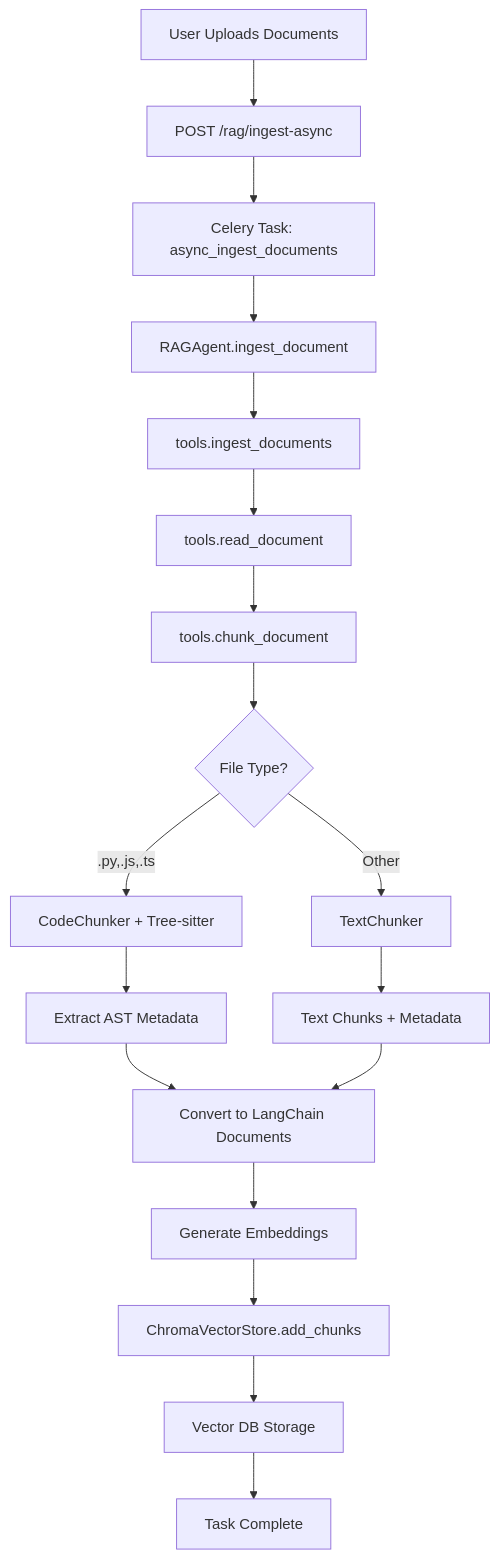
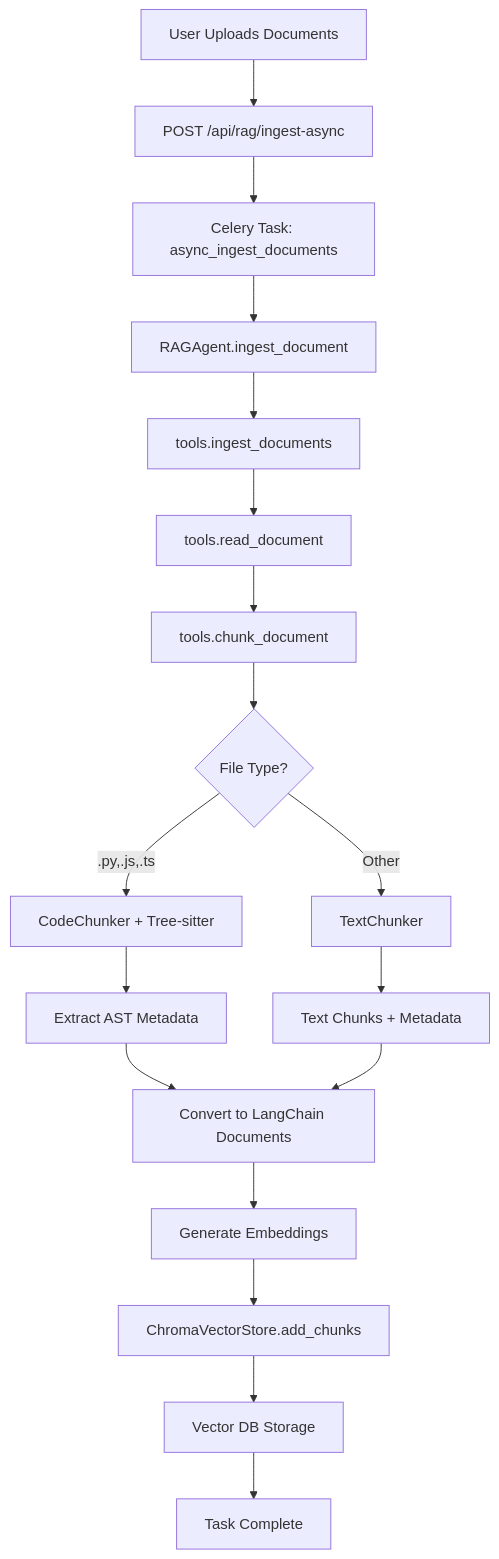
One commit to Stylegunhawk/DevForge changed the diagram in DevForge_Backend/docs/tools/rag/rag_integration_flow.md. Above: the diagram before and after it, drawn with Mermaid. The commit also changed other lines of this file and 5 other files, not shown here.

````diff
--- a/DevForge_Backend/docs/tools/rag/rag_integration_flow.md
+++ b/DevForge_Backend/docs/tools/rag/rag_integration_flow.md
@@ -16,20 +14,20 @@
 ```mermaid
 graph TD
-    A[User Uploads Documents] --> B[POST /rag/ingest-async]
+    A[User Uploads Documents] --> B[POST /api/rag/ingest-async]
     B --> C[Celery Task: async_ingest_documents]
     C --> D[RAGAgent.ingest_document]
     D --> E[tools.ingest_documents]
     E --> F[tools.read_document]
     F --> G[tools.chunk_document]
     G --> H{File Type?}
     H -->|.py,.js,.ts| I[CodeChunker + Tree-sitter]
     H -->|Other| J[TextChunker]
     I --> K[Extract AST Metadata]
     J --> L[Text Chunks + Metadata]
     K --> M[Convert to LangChain Documents]
     L --> M
     M --> N[Generate Embeddings]
     N --> O[ChromaVectorStore.add_chunks]
     O --> P[Vector DB Storage]
    P --> Q[Task Complete]
 ```
````
